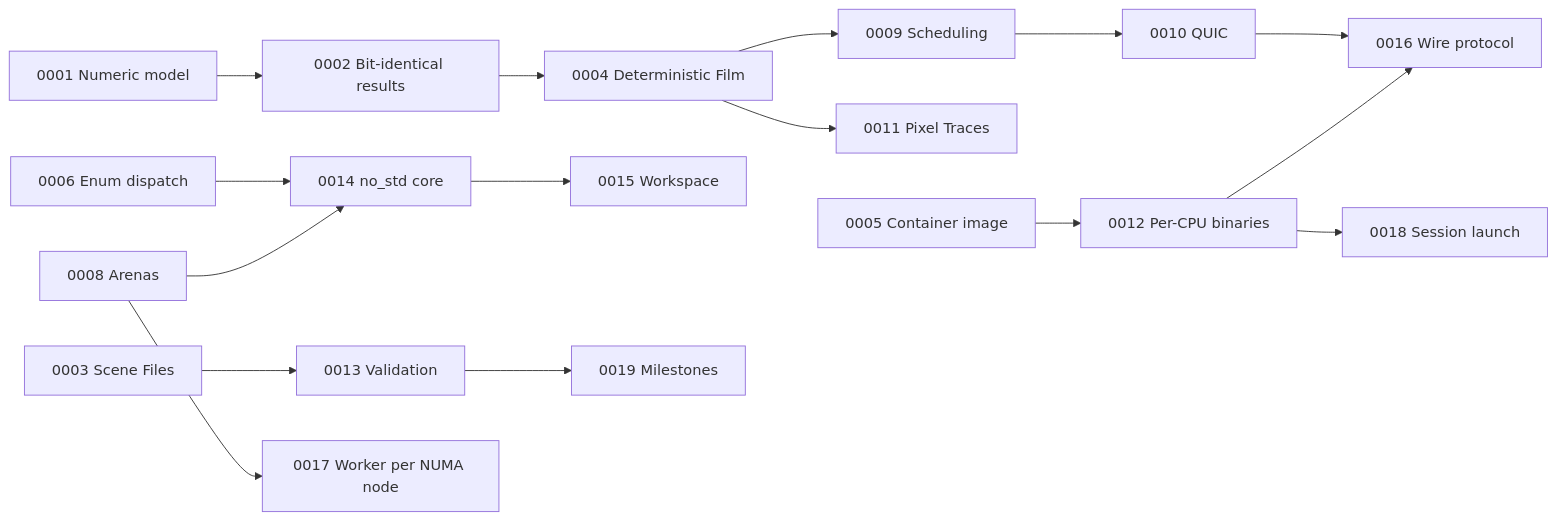
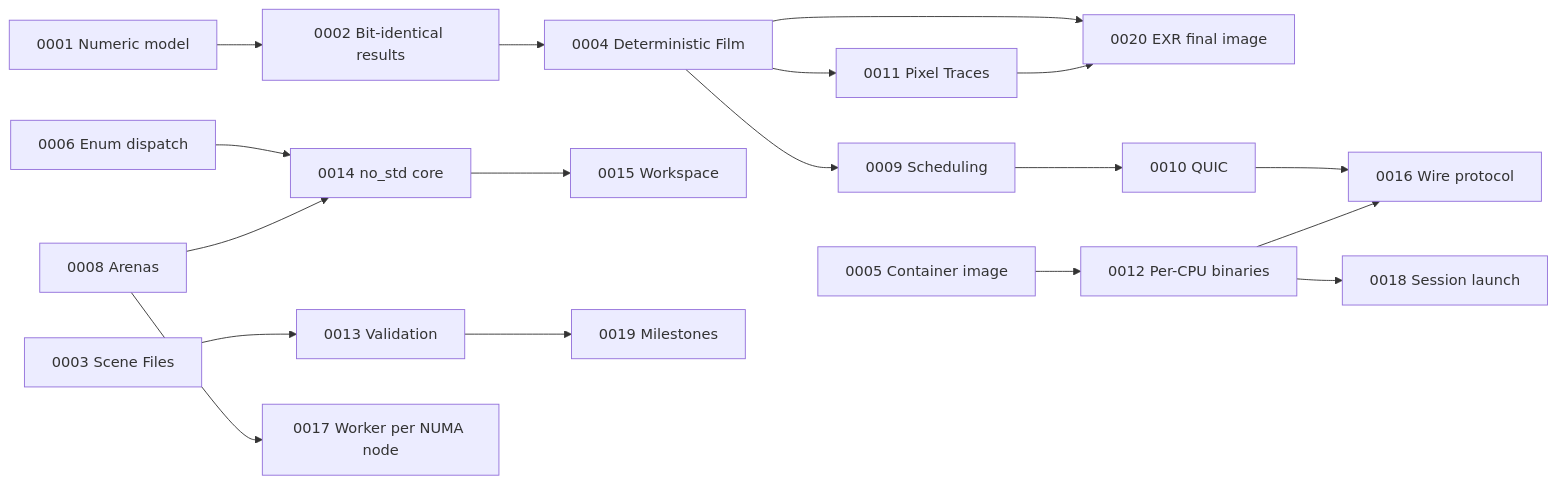
The diagram in docs/architecture/09-architecture-decisions.md (sergioffpc/umbra), drawn with Mermaid before and after one commit. The commit also changed other lines of this file and 2 other files, not shown here.

Commit message:
docs: point arc42 at the image output decision

````diff
--- a/docs/architecture/09-architecture-decisions.md
+++ b/docs/architecture/09-architecture-decisions.md
@@ -29,14 +30,16 @@
 ```mermaid
 flowchart LR
     A1["0001 Numeric model"] --> A2["0002 Bit-identical results"] --> A4["0004 Deterministic Film"]
     A4 --> A9["0009 Scheduling"]
     A4 --> A11["0011 Pixel Traces"]
+    A4 --> A20["0020 EXR final image"]
+    A11 --> A20
     A9 --> A10["0010 QUIC"] --> A16["0016 Wire protocol"]
     A6["0006 Enum dispatch"] --> A14["0014 no_std core"]
     A8["0008 Arenas"] --> A14
     A14 --> A15["0015 Workspace"]
     A3["0003 Scene Files"] --> A13["0013 Validation"] --> A19["0019 Milestones"]
     A5["0005 Container image"] --> A12["0012 Per-CPU binaries"] --> A18["0018 Session launch"]
     A12 --> A16
     A8 --> A17["0017 Worker per NUMA node"]
 ```
````
